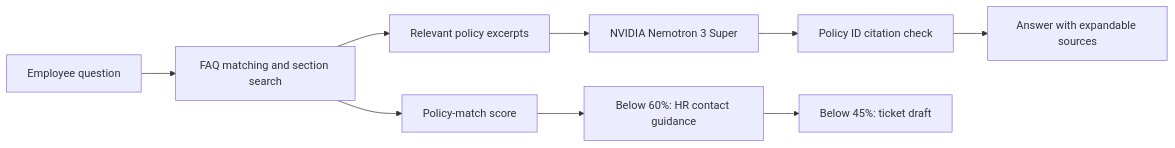
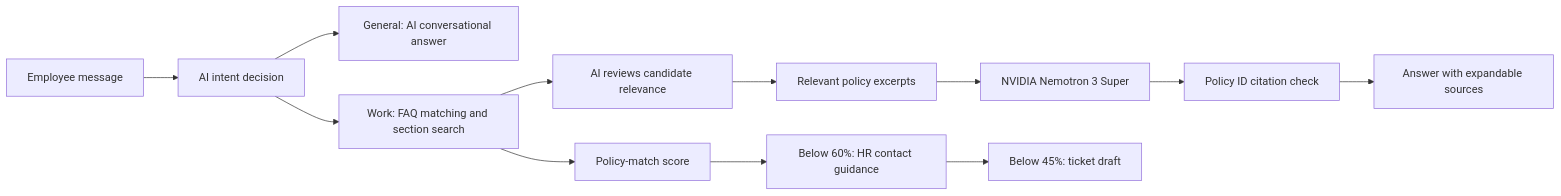
The second of 3 diagrams in README.md (shikharivv/hackathon), drawn with Mermaid before and after one commit. The commit also changed other lines of this file and 9 other files, not shown here.

Commit message:
Use AI intent routing and policy relevance review for every message

````diff
--- a/README.md
+++ b/README.md
@@ -53,11 +53,14 @@
 ```mermaid
 flowchart LR
-    Q[Employee question] --> R[FAQ matching and section search]
-    R --> C[Relevant policy excerpts]
+    Q[Employee message] --> I[AI intent decision]
+    I --> G[General: AI conversational answer]
+    I --> R[Work: FAQ matching and section search]
+    R --> V0[AI reviews candidate relevance]
+    V0 --> C[Relevant policy excerpts]
     C --> N[NVIDIA Nemotron 3 Super]
     N --> V[Policy ID citation check]
     V --> A[Answer with expandable sources]
     R --> S[Policy-match score]
     S --> H[Below 60%: HR contact guidance]
     H --> T[Below 45%: ticket draft]
 ```
````
